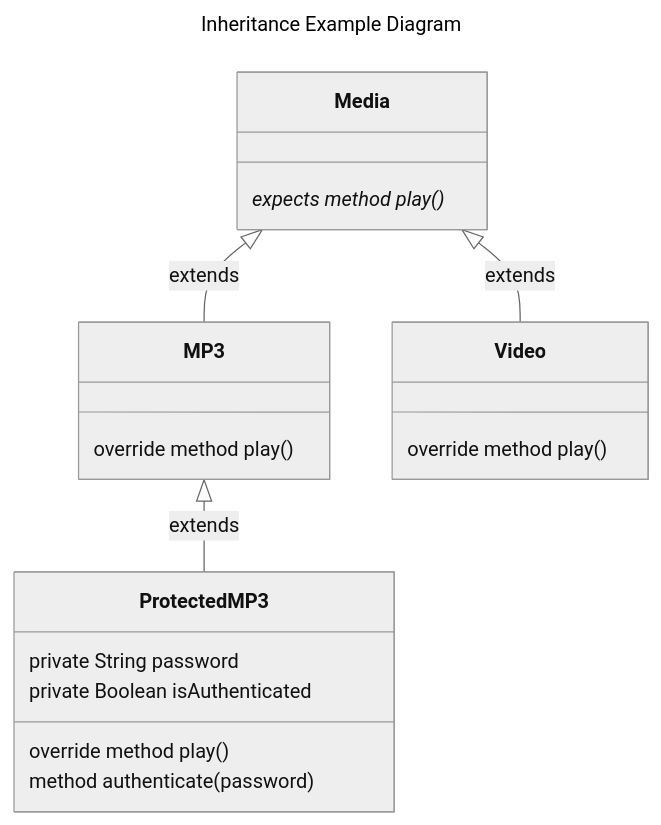
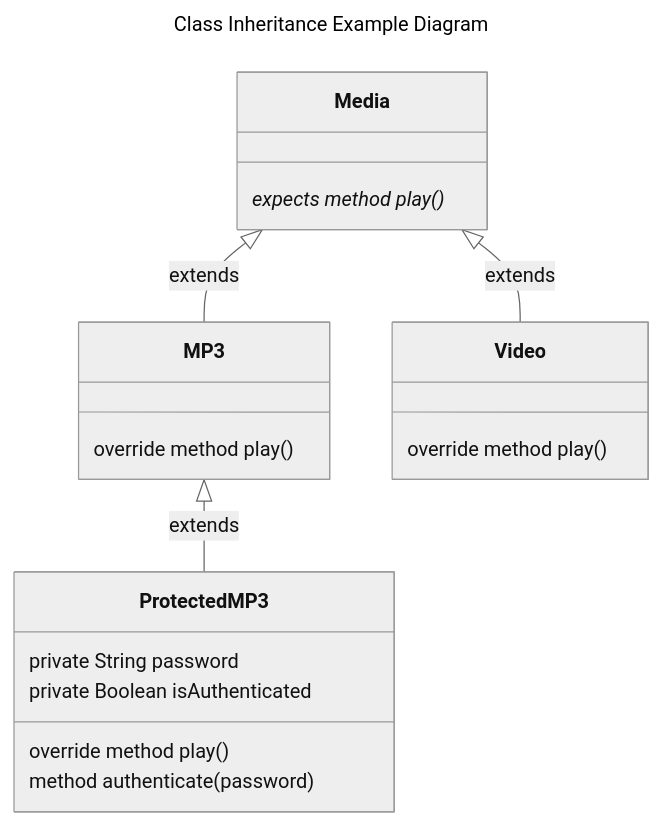
One commit to realityexpander/How_to_program_from_ground_up changed the fourth of 7 diagrams in 09-ClassOrientedProgramming.md. Above: the diagram before and after it, drawn with Mermaid (neutral theme). The commit also changed other lines of this file, not shown here.

````diff
--- a/09-ClassOrientedProgramming.md
+++ b/09-ClassOrientedProgramming.md
@@ -212,25 +280,26 @@
     ```mermaid
     ---
-    title: Inheritance Example Diagram
+    title: Class Inheritance Example Diagram
       
     ---
     classDiagram
+    direction TB
     Media <|-- MP3 : extends
     Media <|-- Video : extends
     MP3 <|-- ProtectedMP3 : extends      
       
     Media: expects method play()*
     class MP3 {
        override method play()
     }
     class Video {
        override method play()
     }
     class ProtectedMP3 {
        private String password
        private Boolean isAuthenticated
       
        override method play()
        method authenticate(password)
     }
     ```
````
